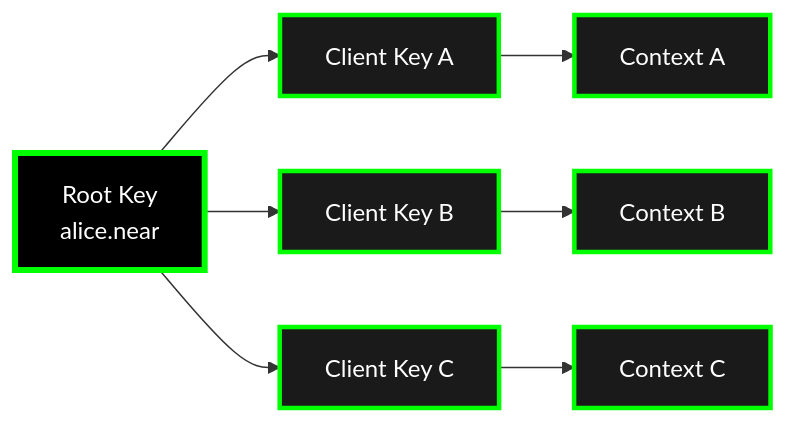
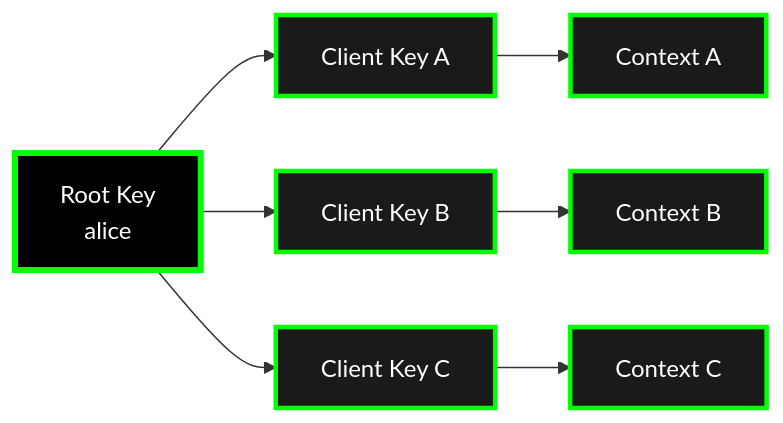
The diagram in src/content/docs/core-concepts/identity.md (calimero-network/documentation), drawn with Mermaid before and after one commit. The commit also changed other lines of this file and 30 other files, not shown here.

````diff
--- a/src/content/docs/core-concepts/identity.md
+++ b/src/content/docs/core-concepts/identity.md
@@ -12,18 +12,18 @@
 ```mermaid
 flowchart LR
-    ROOT[Root Key<br/>alice.near] --> CLIENT1[Client Key A]
+    ROOT[Root Key<br/>alice] --> CLIENT1[Client Key A]
     ROOT --> CLIENT2[Client Key B]
     ROOT --> CLIENT3[Client Key C]
     
     CLIENT1 --> CTX1[Context A]
     CLIENT2 --> CTX2[Context B]
     CLIENT3 --> CTX3[Context C]
     
     style ROOT fill:#000000,stroke:#00ff00,stroke-width:4px,color:#ffffff
     style CLIENT1 fill:#1a1a1a,stroke:#00ff00,stroke-width:3px,color:#ffffff
     style CLIENT2 fill:#1a1a1a,stroke:#00ff00,stroke-width:3px,color:#ffffff
     style CLIENT3 fill:#1a1a1a,stroke:#00ff00,stroke-width:3px,color:#ffffff
     style CTX1 fill:#1a1a1a,stroke:#00ff00,stroke-width:3px,color:#ffffff
     style CTX2 fill:#1a1a1a,stroke:#00ff00,stroke-width:3px,color:#ffffff
     style CTX3 fill:#1a1a1a,stroke:#00ff00,stroke-width:3px,color:#ffffff
 ```
````
